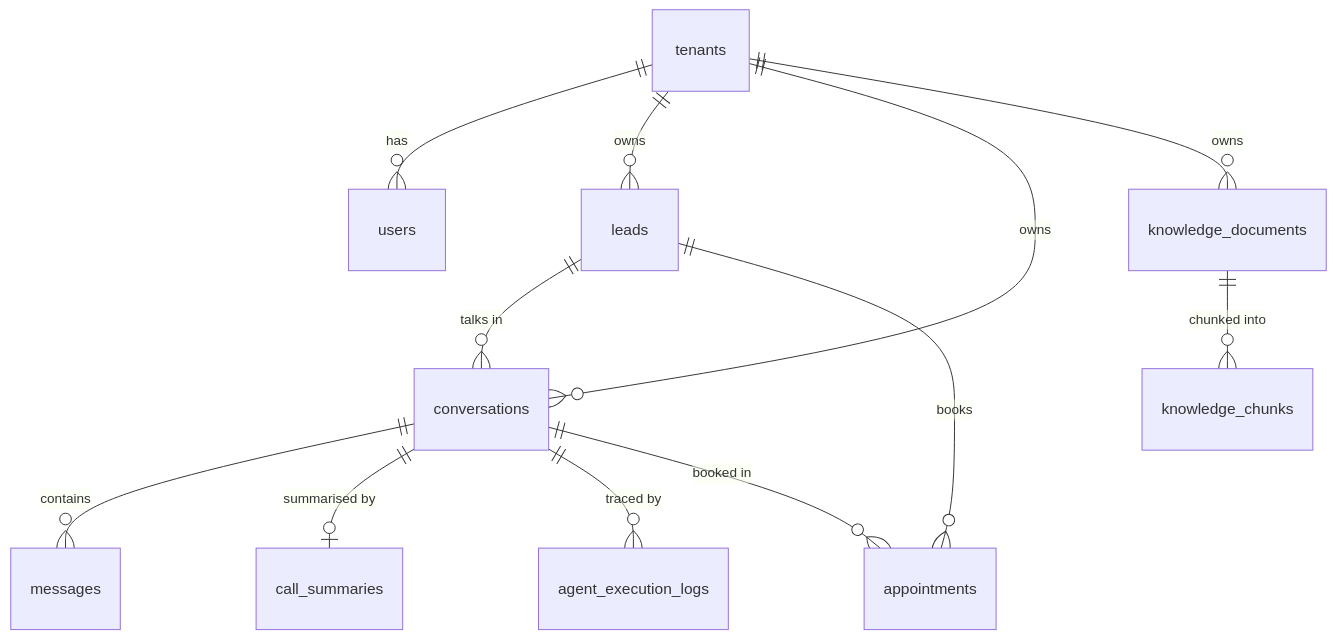
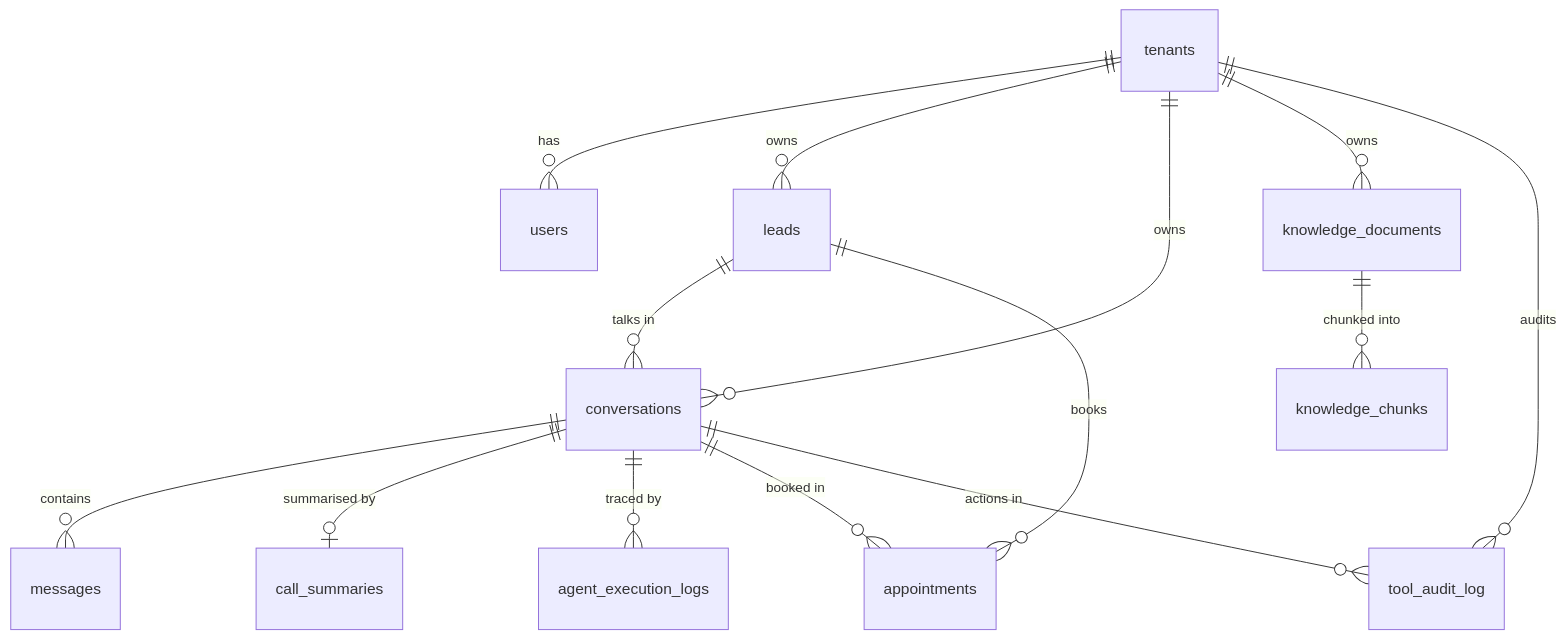
Before and after one commit to chandu7313/VaaniQ: the fourth of 4 diagrams in docs/ARCHITECTURE.md, drawn with Mermaid. The commit also changed other lines of this file and 88 other files, not shown here.

````diff
--- a/docs/ARCHITECTURE.md
+++ b/docs/ARCHITECTURE.md
@@ -97,14 +97,16 @@
 ```mermaid
 erDiagram
   tenants ||--o{ users : has
   tenants ||--o{ leads : owns
   tenants ||--o{ conversations : owns
   tenants ||--o{ knowledge_documents : owns
   knowledge_documents ||--o{ knowledge_chunks : "chunked into"
   leads ||--o{ conversations : "talks in"
   leads ||--o{ appointments : books
   conversations ||--o{ messages : contains
   conversations ||--o| call_summaries : "summarised by"
   conversations ||--o{ agent_execution_logs : "traced by"
   conversations ||--o{ appointments : "booked in"
+  tenants ||--o{ tool_audit_log : audits
+  conversations ||--o{ tool_audit_log : "actions in"
 ```
````
